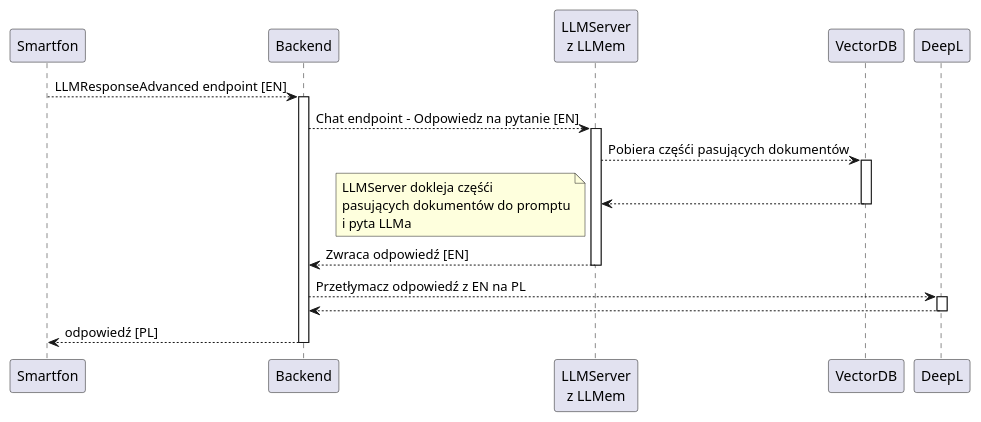
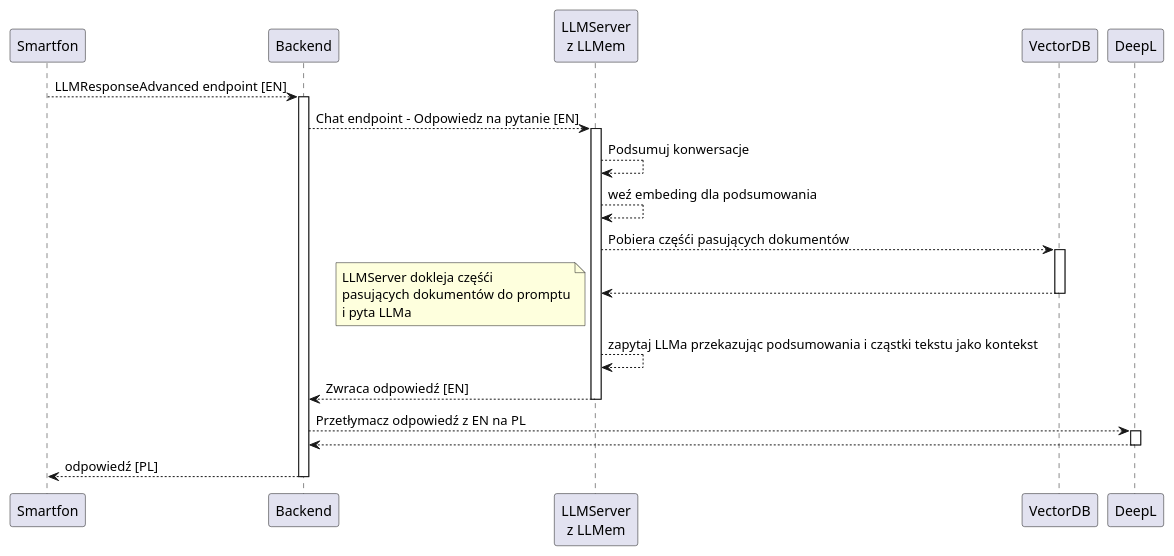
Before and after one commit to Nyzio229/Asystent-Wydzialowy-WMII: the diagram in docs/diagrams/sceario-general-question-sequence-flow.puml, drawn with PlantUML. The commit also changed 1 other file, not shown here.

```diff
--- a/docs/diagrams/sceario-general-question-sequence-flow.puml
+++ b/docs/diagrams/sceario-general-question-sequence-flow.puml
@@ -1,36 +1,39 @@
 @startuml
 participant Smartfon
 participant Backend
 participant "LLMServer\nz LLMem" as LLMServer
 participant VectorDB
 participant DeepL
 
 
 Smartfon --> Backend:  LLMResponseAdvanced endpoint [EN]
 deactivate Smartfon
 activate Backend
 
 
 Backend --> LLMServer: Chat endpoint - Odpowiedz na pytanie [EN]
 activate LLMServer
+LLMServer --> LLMServer: Podsumuj konwersacje
+LLMServer --> LLMServer: weź embeding dla podsumowania
 LLMServer --> VectorDB: Pobiera częśći pasujących dokumentów
 activate VectorDB
 VectorDB --> LLMServer:
 note left
     LLMServer dokleja częśći
     pasujących dokumentów do promptu
     i pyta LLMa
 end note
 deactivate VectorDB
+LLMServer --> LLMServer: zapytaj LLMa przekazując podsumowania i cząstki tekstu jako kontekst
 LLMServer --> Backend: Zwraca odpowiedź [EN]
 deactivate LLMServer
 
 Backend --> DeepL: Przetłymacz odpowiedź z EN na PL
 activate DeepL
 DeepL --> Backend
 deactivate DeepL
 
 Backend --> Smartfon: odpowiedź [PL]
 deactivate Backend
 
 @enduml
```
